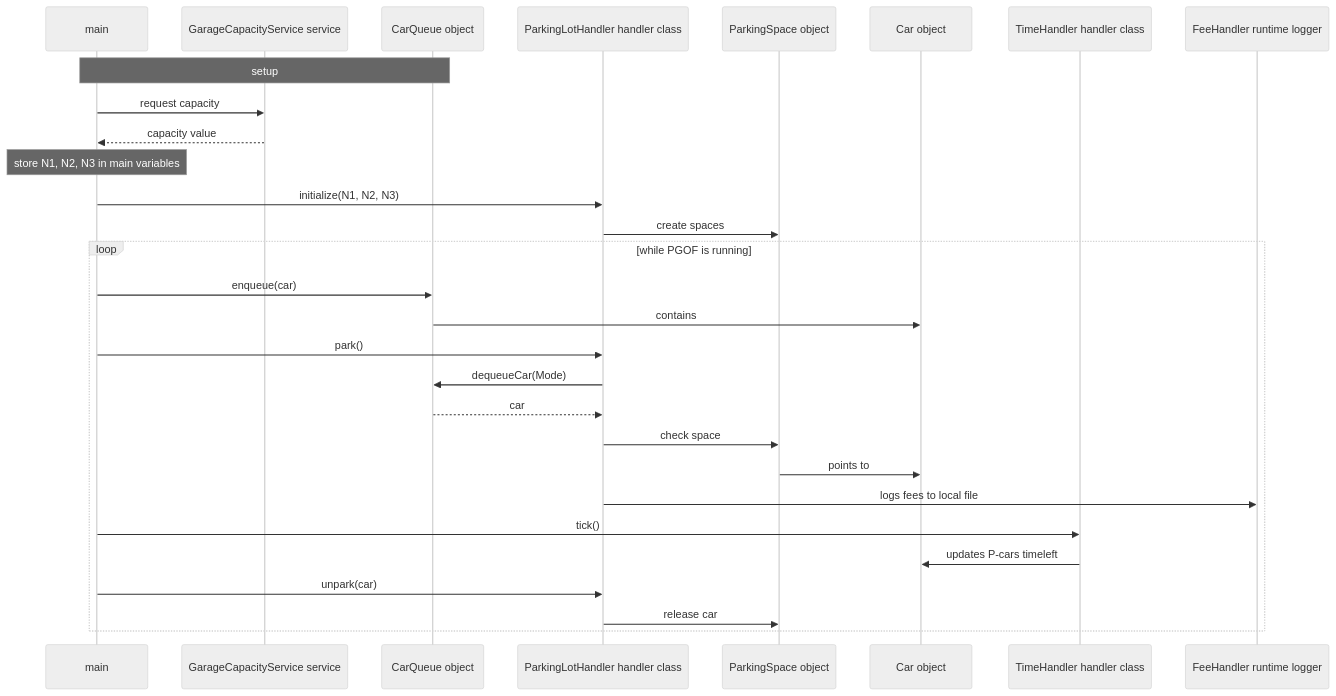
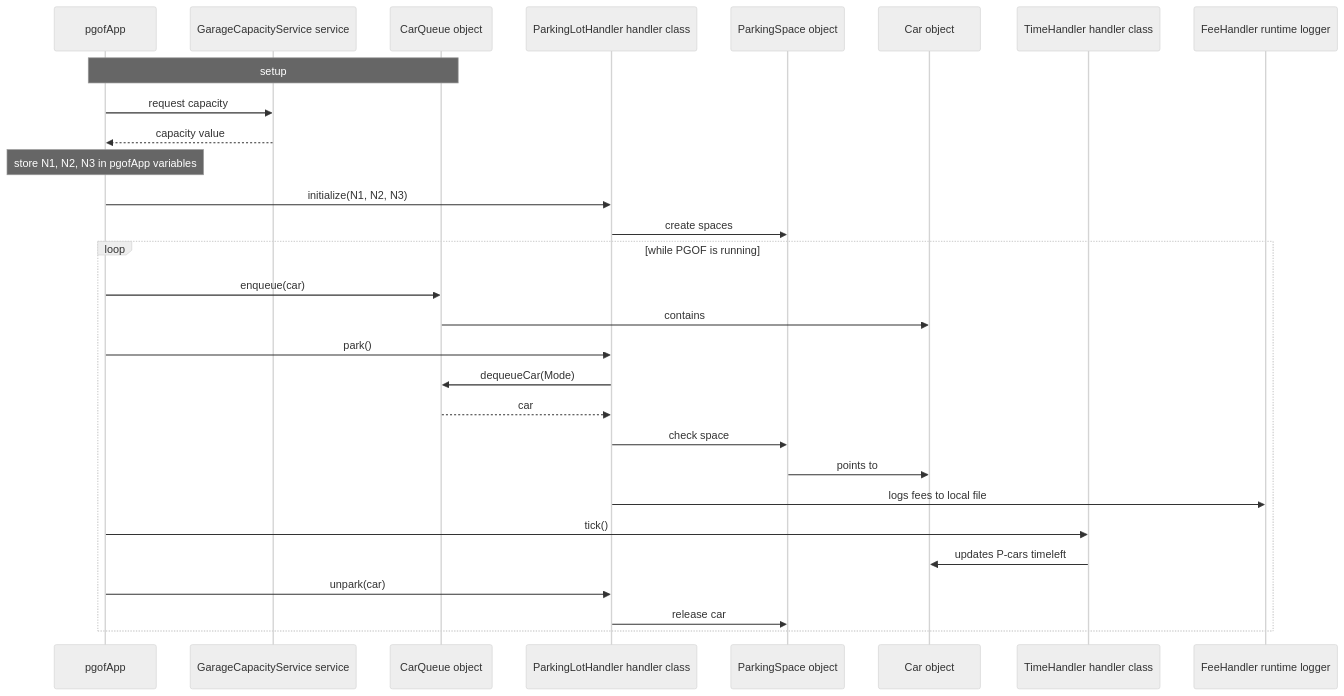
Before and after one commit to sanleches/PGOF: the second of 2 diagrams in design.md, drawn with Mermaid (neutral theme). The commit also changed other lines of this file and 11 other files, not shown here.

````diff
--- a/design.md
+++ b/design.md
@@ -102,36 +102,36 @@
 ```mermaid
 sequenceDiagram
-    participant main as main
+    participant pgofApp as pgofApp
     participant GarageCapacityService as GarageCapacityService service
     participant CarQueue as CarQueue object
     participant ParkingLotHandler as ParkingLotHandler handler class
     participant ParkingSpace as ParkingSpace object
     participant Car as Car object
     participant TimeHandler as TimeHandler handler class
     participant FeeHandler as FeeHandler runtime logger
 
-    Note over main,CarQueue: setup
-    main->>GarageCapacityService: request capacity
-    GarageCapacityService-->>main: capacity value
-    Note over main: store N1, N2, N3 in main variables
-    main->>ParkingLotHandler: initialize(N1, N2, N3)
+    Note over pgofApp,CarQueue: setup
+    pgofApp->>GarageCapacityService: request capacity
+    GarageCapacityService-->>pgofApp: capacity value
+    Note over pgofApp: store N1, N2, N3 in pgofApp variables
+    pgofApp->>ParkingLotHandler: initialize(N1, N2, N3)
     ParkingLotHandler->>ParkingSpace: create spaces
     
     loop while PGOF is running
-        main->>CarQueue: enqueue(car)
+        pgofApp->>CarQueue: enqueue(car)
         CarQueue->>Car: contains
 
-        main->>ParkingLotHandler: park()
+        pgofApp->>ParkingLotHandler: park()
         ParkingLotHandler->>CarQueue: dequeueCar(Mode)
         CarQueue-->>ParkingLotHandler: car
         ParkingLotHandler->>ParkingSpace: check space
         ParkingSpace->>Car: points to
         ParkingLotHandler->>FeeHandler: logs fees to local file
 
-        main->>TimeHandler: tick()
+        pgofApp->>TimeHandler: tick()
         TimeHandler->>Car: updates P-cars timeleft
 
-        main->>ParkingLotHandler: unpark(car)
+        pgofApp->>ParkingLotHandler: unpark(car)
         ParkingLotHandler->>ParkingSpace: release car
     end
 ```
````
